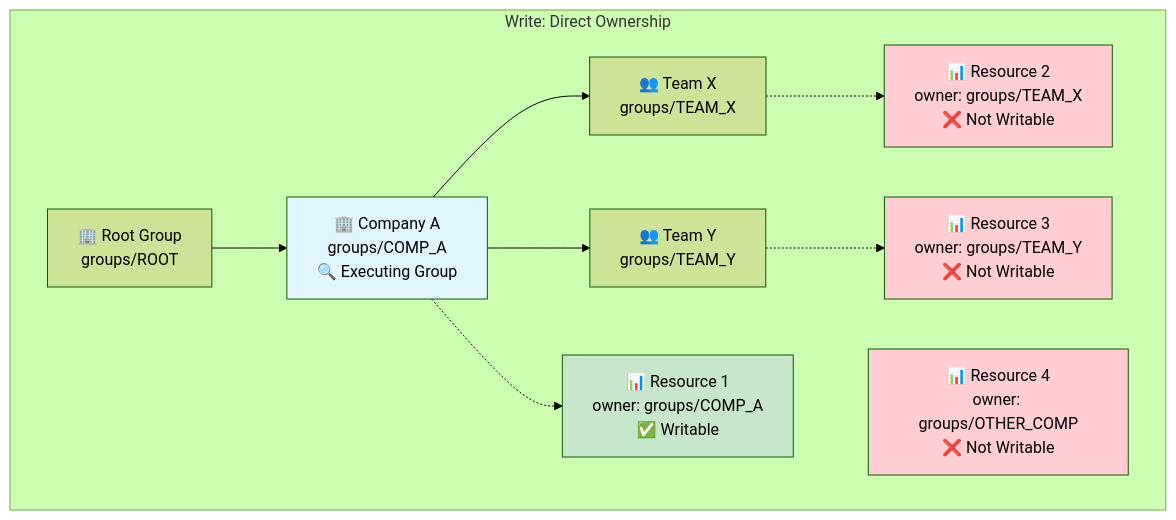
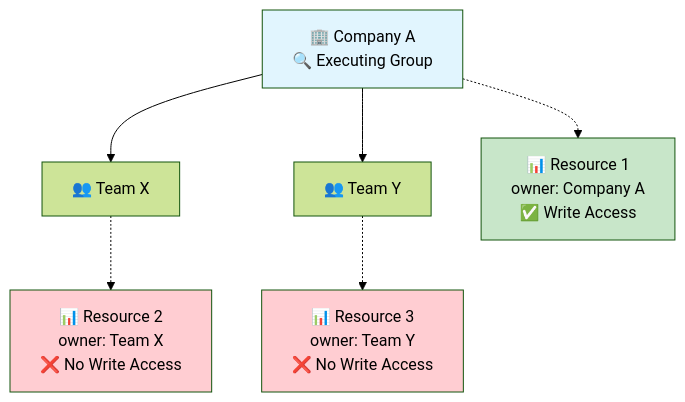
Before and after one commit to meshtrade/api: the fourth of 6 diagrams in docs/docs/architecture/resource-hierarchy.mdx, drawn with Mermaid (forest theme). The commit also changed other lines of this file and 5 other files, not shown here.

````diff
--- a/docs/docs/architecture/resource-hierarchy.mdx
+++ b/docs/docs/architecture/resource-hierarchy.mdx
@@ -225,41 +149,28 @@
 ```mermaid
 graph TD
-    subgraph "Write: Direct Ownership"
-        Root["🏢 Root Group
-groups/ROOT"]
-        CompanyA["🏢 Company A
-groups/COMP_A
-🔍 Executing Group"]
-        TeamX["👥 Team X
-groups/TEAM_X"]
-        TeamY["👥 Team Y
-groups/TEAM_Y"]
+    CompanyA["🏢 Company A
+    🔍 Executing Group"]
+    TeamX["👥 Team X"]
+    TeamY["👥 Team Y"]
 
-        Res1["📊 Resource 1
-owner: groups/COMP_A
-✅ Writable"]
-        Res2["📊 Resource 2
-owner: groups/TEAM_X
-❌ Not Writable"]
-        Res3["📊 Resource 3
-owner: groups/TEAM_Y
-❌ Not Writable"]
-        Res4["📊 Resource 4
-owner: groups/OTHER_COMP
-❌ Not Writable"]
-        
-        Root --> CompanyA
-        CompanyA --> TeamX
-        CompanyA --> TeamY
-        
-        CompanyA -.-> Res1
-        TeamX -.-> Res2
-        TeamY -.-> Res3
-        
-        style CompanyA fill:#e1f5fe
-        style Res1 fill:#c8e6c9
-        style Res2 fill:#ffcdd2
-        style Res3 fill:#ffcdd2
-        style Res4 fill:#ffcdd2
-    end
+    Res1["📊 Resource 1
+    owner: Company A
+    ✅ Write Access"]
+    Res2["📊 Resource 2
+    owner: Team X
+    ❌ No Write Access"]
+    Res3["📊 Resource 3
+    owner: Team Y
+    ❌ No Write Access"]
+
+    CompanyA --> TeamX
+    CompanyA --> TeamY
+    CompanyA -.-> Res1
+    TeamX -.-> Res2
+    TeamY -.-> Res3
+
+    style CompanyA fill:#e1f5fe
+    style Res1 fill:#c8e6c9
+    style Res2 fill:#ffcdd2
+    style Res3 fill:#ffcdd2
 ```
````
